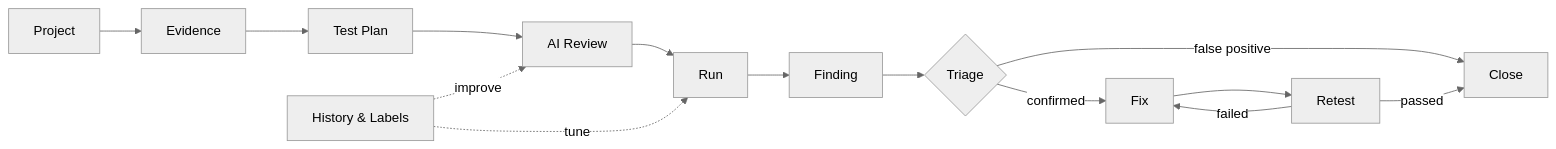
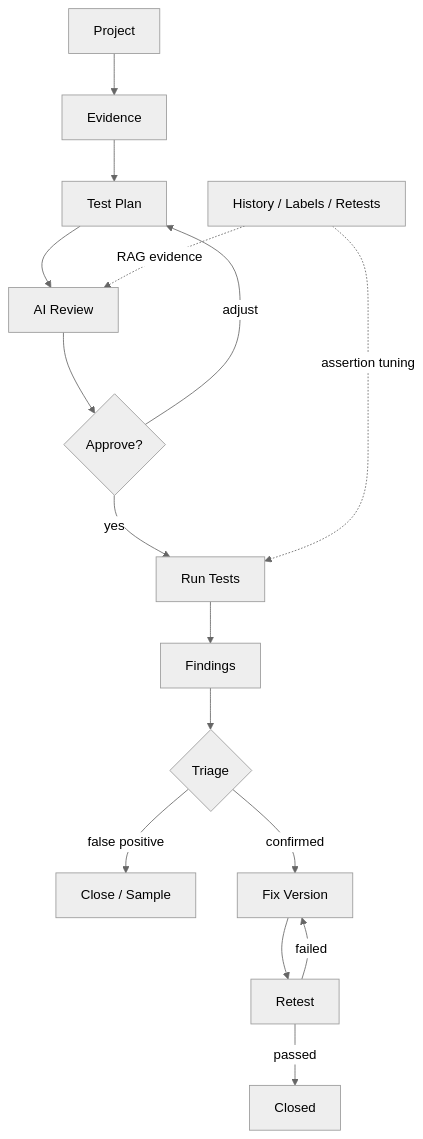
Before and after one commit to jiangchenbo666/idor-workbench: the diagram in README.md, drawn with Mermaid (neutral theme).

Commit message:
docs: restore detailed workflow flowchart

````diff
--- a/README.md
+++ b/README.md
@@ -5,17 +5,19 @@
 ```mermaid
-flowchart LR
+flowchart TD
     A[Project] --> B[Evidence]
     B --> C[Test Plan]
     C --> D[AI Review]
-    D --> E[Run]
-    E --> F[Finding]
-    F --> G{Triage}
-    G -->|false positive| H[Close]
-    G -->|confirmed| I[Fix]
-    I --> J[Retest]
-    J -->|passed| H
-    J -->|failed| I
+    D --> E{Approve?}
+    E -- adjust --> C
+    E -- yes --> F[Run Tests]
+    F --> G[Findings]
+    G --> H{Triage}
+    H -- false positive --> I[Close / Sample]
+    H -- confirmed --> J[Fix Version]
+    J --> K[Retest]
+    K -- failed --> J
+    K -- passed --> L[Closed]
 
-    K[History & Labels] -. improve .-> D
-    K -. tune .-> E
+    M[History / Labels / Retests] -. RAG evidence .-> D
+    M -. assertion tuning .-> F
 ```
````
